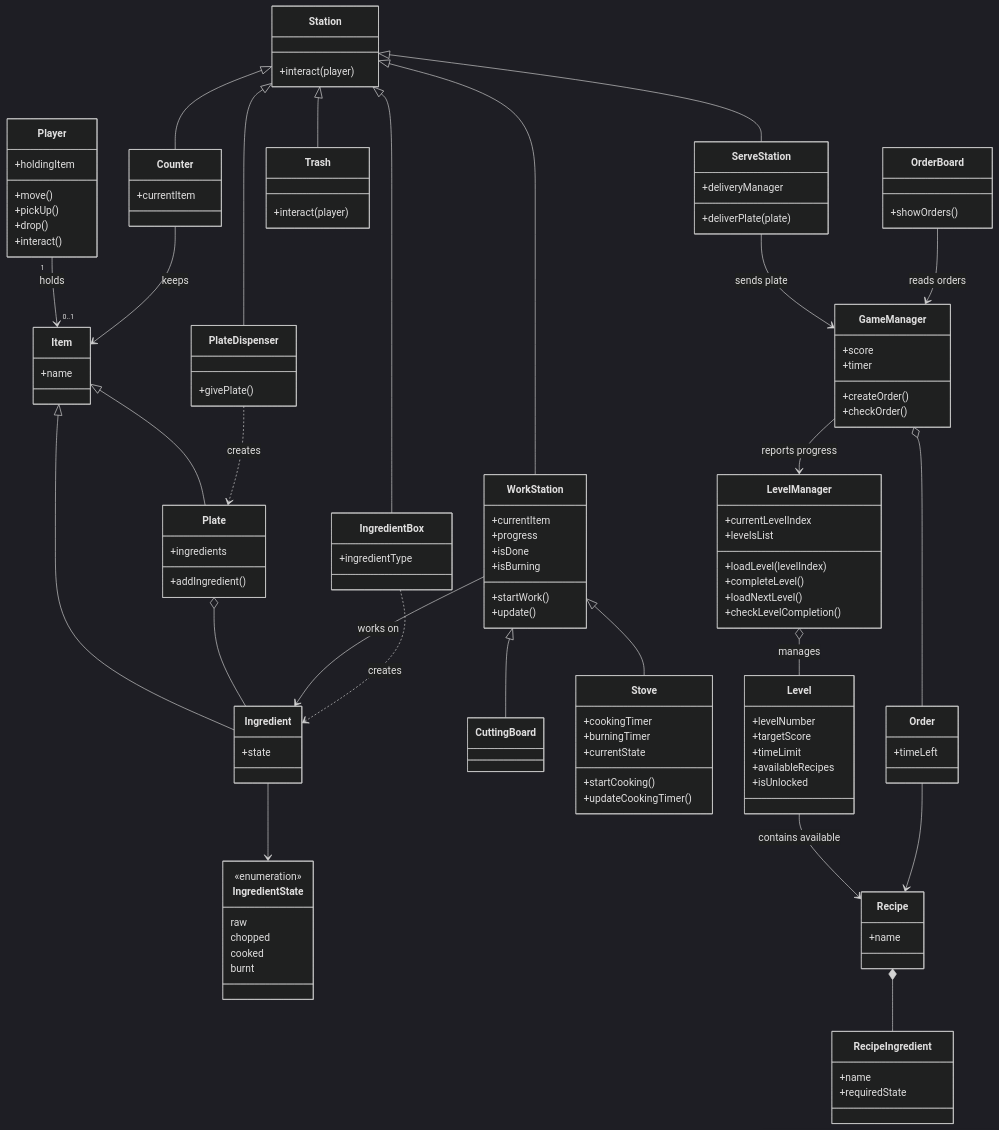
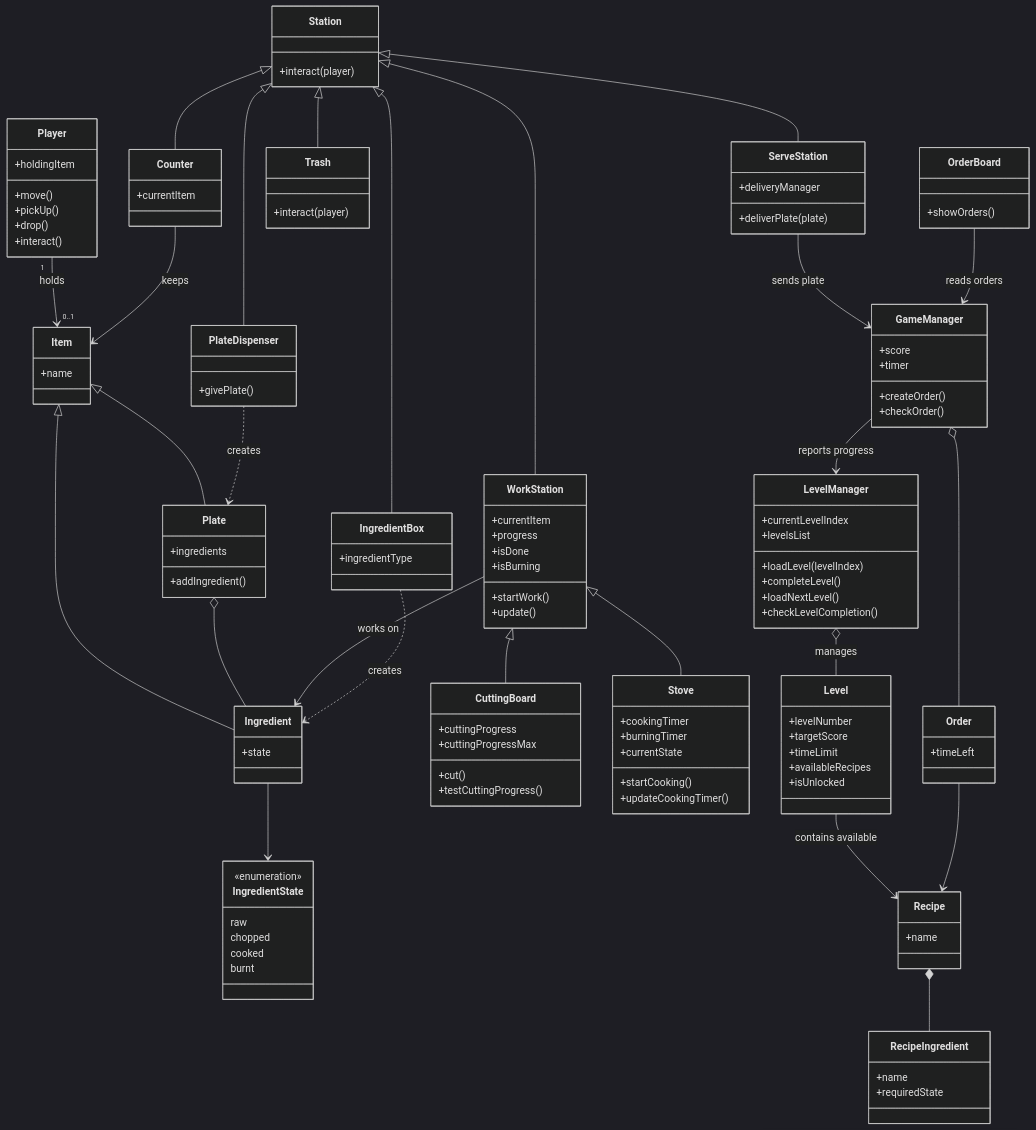
Before and after one commit to so-dawg/midonha-v2: the first of 2 diagrams in README.md, drawn with Mermaid (dark theme).

```diff
--- a/README.md
+++ b/README.md
@@ -72,7 +72,12 @@
         +startWork()
         +update()
     }
-    class CuttingBoard
+    class CuttingBoard {
+        +cuttingProgress
+        +cuttingProgressMax
+        +cut()
+        +testCuttingProgress()
+    }
     class Stove {
         +cookingTimer
         +burningTimer
```
